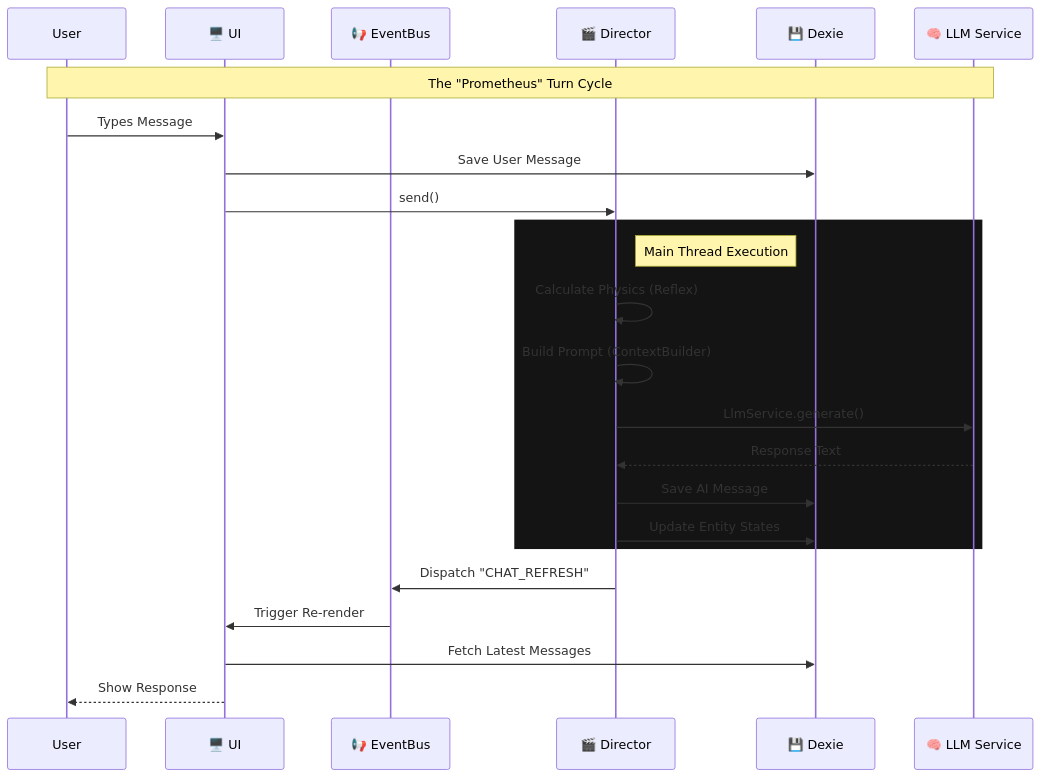
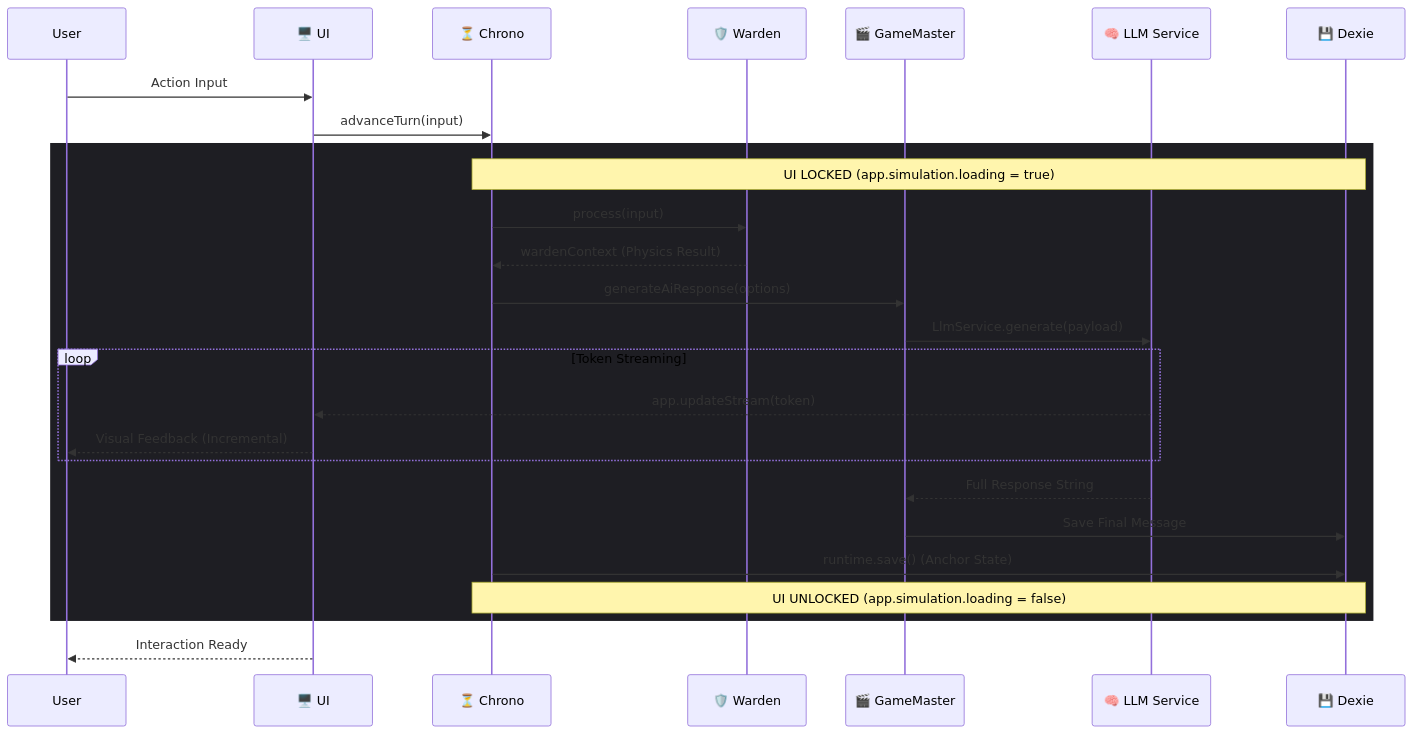
The second of 2 diagrams in src/README.md (JooduG/RPGlitch), drawn with Mermaid before and after one commit. The commit also changed other lines of this file and 32 other files, not shown here.

Commit message:
feat: Introduce core message component with text parsing, attachments, and interactive actions, alongside foundational project structure.

````diff
--- a/src/README.md
+++ b/src/README.md
@@ -35,32 +35,36 @@
 ```mermaid
 sequenceDiagram
     participant User
     participant UI as 🖥️ UI
-    participant Bus as 📢 EventBus
-    participant Dir as 🎬 Director
+    participant Chrono as ⏳ Chrono
+    participant Warden as 🛡️ Warden
+    participant GM as 🎬 GameMaster
+    participant AI as 🧠 LLM Service
     participant DB as 💾 Dexie
-    participant AI as 🧠 LLM Service
 
-    Note over User, AI: The "Prometheus" Turn Cycle
+    User->>UI: Action Input
+    UI->>Chrono: advanceTurn(input)
 
-    User->>UI: Types Message
-    UI->>DB: Save User Message
-    UI->>Dir: send()
+    rect rgb(30, 30, 35)
+        Note over Chrono, DB: UI LOCKED (app.simulation.loading = true)
 
-    rect rgb(20, 20, 20)
-        Note right of Dir: Main Thread Execution
-        Dir->>Dir: Calculate Physics (Reflex)
-        Dir->>Dir: Build Prompt (ContextBuilder)
+        Chrono->>Warden: process(input)
+        Warden-->>Chrono: wardenContext (Physics Result)
 
-        Dir->>AI: LlmService.generate()
-        AI-->>Dir: Response Text
+        Chrono->>GM: generateAiResponse(options)
+        GM->>AI: LlmService.generate(payload)
 
-        Dir->>DB: Save AI Message
-        Dir->>DB: Update Entity States
+        loop Token Streaming
+            AI-->>UI: app.updateStream(token)
+            UI-->>User: Visual Feedback (Incremental)
+        end
+
+        AI-->>GM: Full Response String
+        GM->>DB: Save Final Message
+        Chrono->>DB: runtime.save() (Anchor State)
+
+        Note over Chrono, DB: UI UNLOCKED (app.simulation.loading = false)
     end
 
-    Dir->>Bus: Dispatch "CHAT_REFRESH"
-    Bus->>UI: Trigger Re-render
-    UI->>DB: Fetch Latest Messages
-    UI-->>User: Show Response
+    UI-->>User: Interaction Ready
 ```
````
